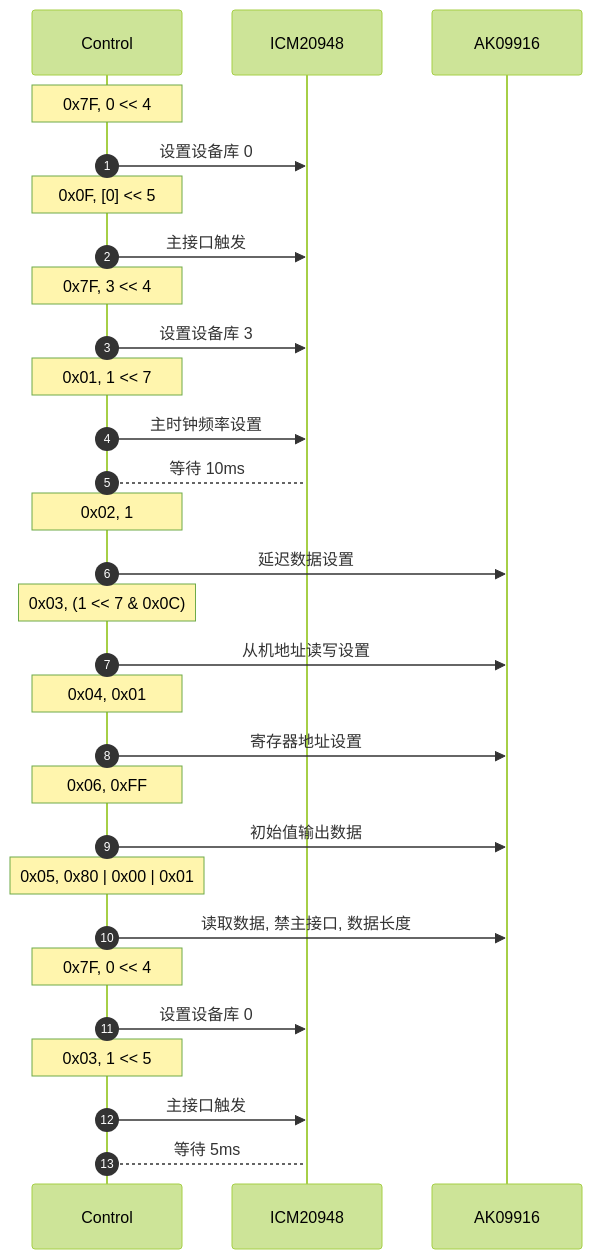
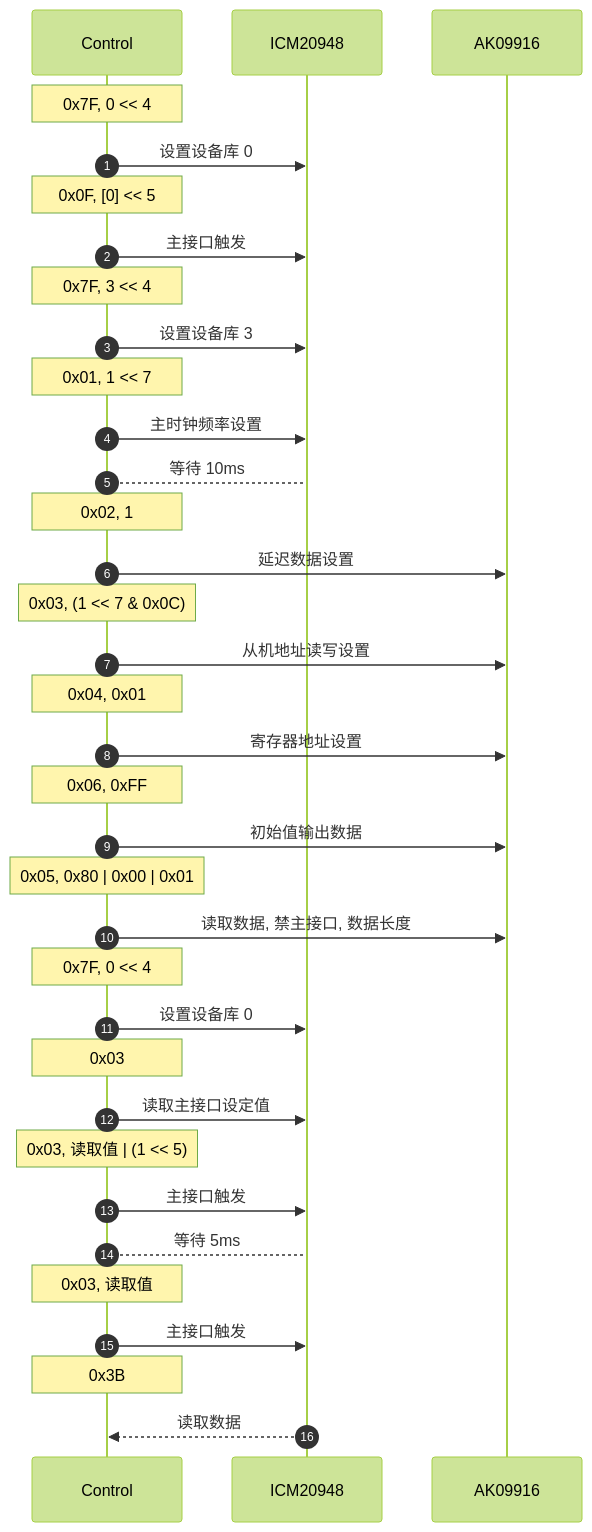
One commit to hkdickyko/hkdickyko.github.io changed the fourth of 4 diagrams in _posts/2025-04-06-mdchart.md. Above: the diagram before and after it, drawn with Mermaid (forest theme).

```diff
--- a/_posts/2025-04-06-mdchart.md
+++ b/_posts/2025-04-06-mdchart.md
@@ -193,32 +193,37 @@
 <div class="mermaid">
 sequenceDiagram;
    autonumber;
    participant C as Control;
    participant I as ICM20948;
    participant A as AK09916;
    note over C: 0x7F, 0 << 4;
    C->>I: 设置设备库 0;
    note over C: 0x0F, [0] << 5
    C->>I: 主接口触发;
    note over C: 0x7F, 3 << 4;
    C->>I: 设置设备库 3;
    note over C: 0x01, 1 << 7;
    C->>I: 主时钟频率设置;
    C-->I: 等待 10ms;
    note over C: 0x02, 1;
    C->>A: 延迟数据设置;
    note over C: 0x03, (1 << 7 & 0x0C);
    C->>A: 从机地址读写设置;
    note over C: 0x04, 0x01;
    C->>A: 寄存器地址设置;
    note over C: 0x06, 0xFF;
    C->>A: 初始值输出数据;
    note over C: 0x05, 0x80 | 0x00 | 0x01;
    C->>A: 读取数据, 禁主接口, 数据长度;
    note over C: 0x7F, 0 << 4;
    C->>I: 设置设备库 0;
-   note over C: 0x03, 1 << 5
+   note over C: 0x03
+   C->>I: 读取主接口设定值;
+   note over C: 0x03, 读取值 | (1 << 5)
    C->>I: 主接口触发;
    C-->I: 等待 5ms;
-
+   note over C: 0x03, 读取值
+   C->>I: 主接口触发;
+   note over C: 0x3B
+   I-->>C: 读取数据
 </div>   
```
